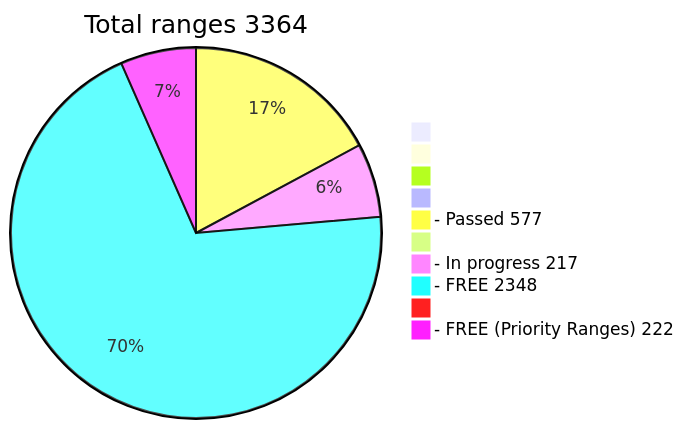
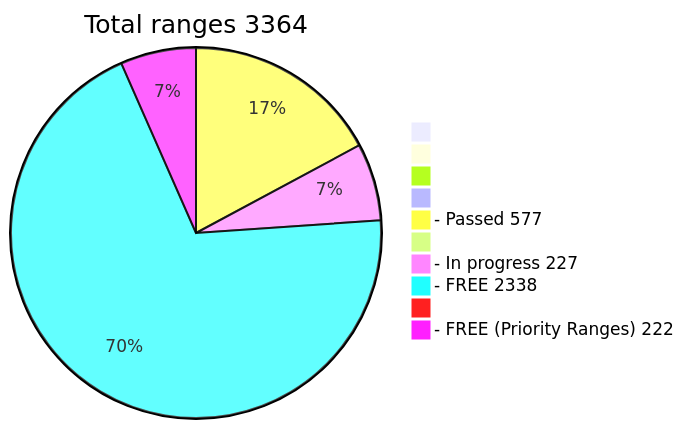
The diagram in README.md (phrutis/wif500), drawn with Mermaid before and after one commit.

````diff
--- a/README.md
+++ b/README.md
@@ -16,13 +16,13 @@
 ```mermaid
 pie title Total ranges 3364
              " " : 0
             "  " : 0
            "   " : 0
           "    " : 0
   "- Passed 577" : 577
          "     " : 0
-  "- In progress 217" : 217
-   "- FREE 2348" : 2348
+  "- In progress 227" : 227
+   "- FREE 2338" : 2338
         "      " : 0
   "- FREE (Priority Ranges) 222" : 222
 ```
````
